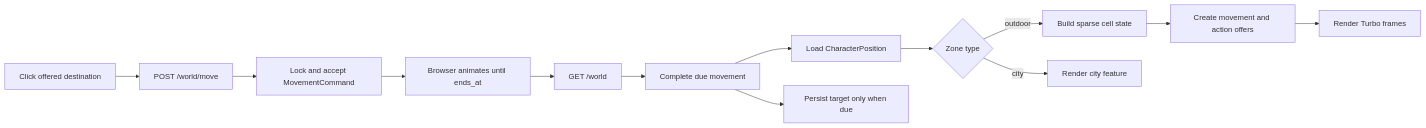
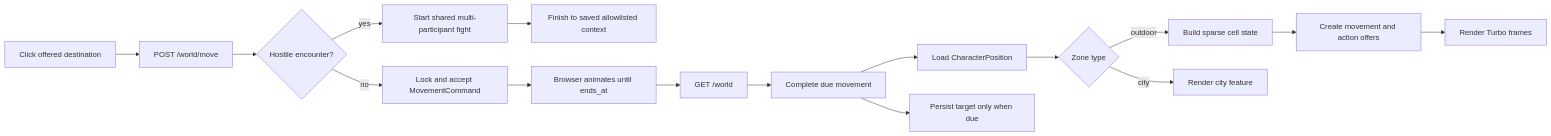
Before and after one commit to lukin-io/mmorpg: the diagram in doc/features/world.md, drawn with Mermaid. The commit also changed other lines of this file and 59 other files, not shown here.

````diff
--- a/doc/features/world.md
+++ b/doc/features/world.md
@@ -171,15 +235,18 @@
 ```mermaid
 flowchart LR
     A["GET /world"] --> B["Complete due movement"]
     B --> C["Load CharacterPosition"]
     C --> D{"Zone type"}
     D -->|outdoor| E["Build sparse cell state"]
     E --> F["Create movement and action offers"]
     F --> G["Render Turbo frames"]
     D -->|city| H["Render city feature"]
     I["Click offered destination"] --> J["POST /world/move"]
-    J --> K["Lock and accept MovementCommand"]
+    J --> X{"Hostile encounter?"}
+    X -->|yes| Y["Start shared multi-participant fight"]
+    Y --> Z["Finish to saved allowlisted context"]
+    X -->|no| K["Lock and accept MovementCommand"]
     K --> L["Browser animates until ends_at"]
     L --> A
     B --> M["Persist target only when due"]
 ```
````
